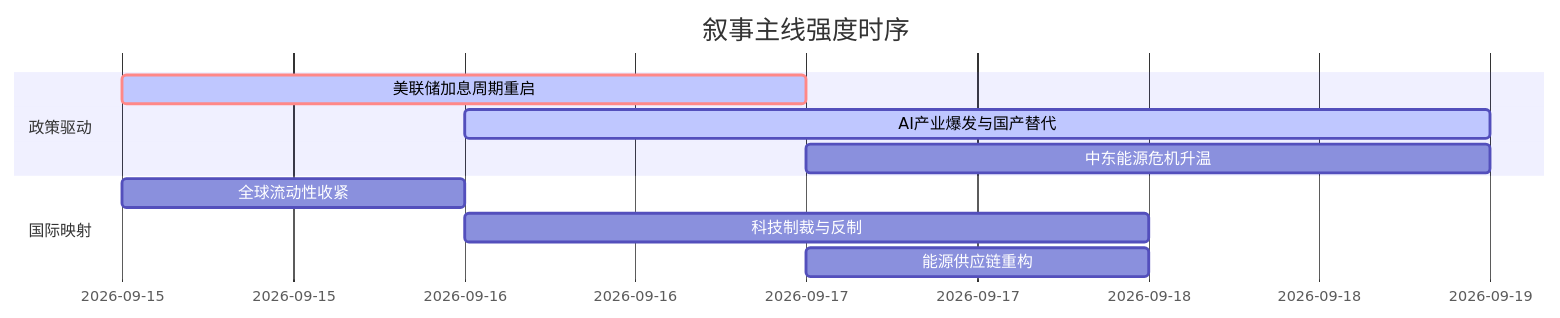
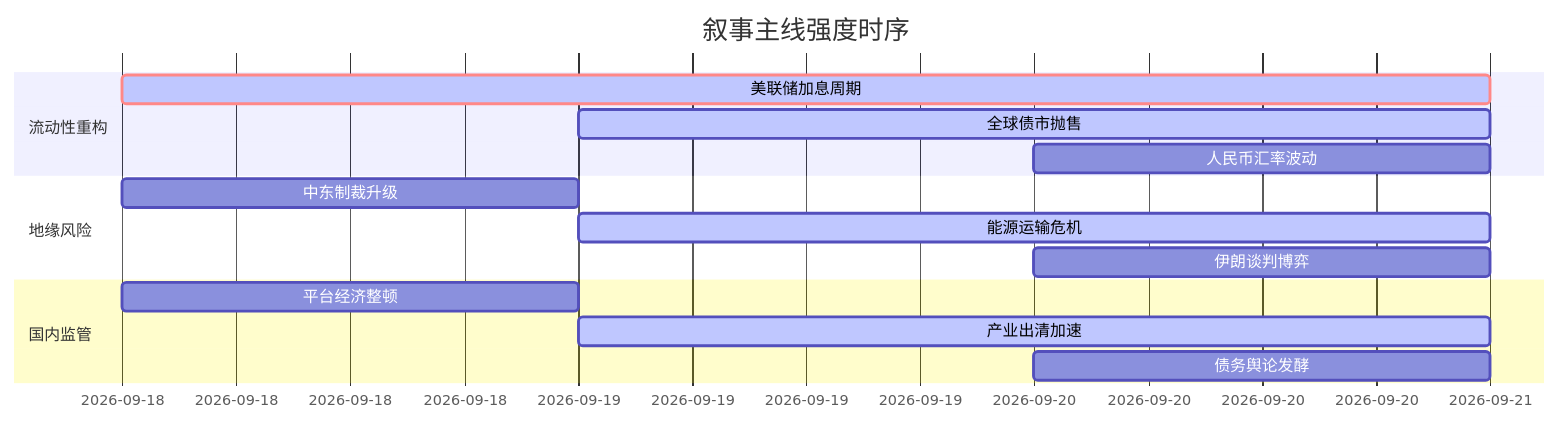
The diagram in 5day_report.md (uu5zn/uu5zn.github.io), drawn with Mermaid before and after one commit. The commit also changed other lines of this file and 4 other files, not shown here.

````diff
--- a/5day_report.md
+++ b/5day_report.md
@@ -58,14 +56,19 @@
 ```mermaid
 gantt
     title 叙事主线强度时序
-    dateFormat YYYY-MM-DD
-    section 政策驱动
-    美联储加息周期重启   :crit, active, 2026-09-15, 2d
-    AI产业爆发与国产替代   :active, 2026-09-16, 3d
-    中东能源危机升温     :2026-09-17, 2d
+    dateFormat  YYYY-MM-DD
+    section 流动性重构
+    美联储加息周期   :crit, active, 2026-09-18, 3d
+    全球债市抛售     :active, 2026-09-19, 2d
+    人民币汇率波动   :2026-09-20, 1d
     
-    section 国际映射
-    全球流动性收紧       :2026-09-15, 1d
-    科技制裁与反制       :2026-09-16, 2d
-    能源供应链重构       :2026-09-17, 1d
+    section 地缘风险
+    中东制裁升级     :2026-09-18, 1d
+    能源运输危机     :active, 2026-09-19, 2d
+    伊朗谈判博弈     :2026-09-20, 1d
+    
+    section 国内监管
+    平台经济整顿     :2026-09-18, 1d
+    产业出清加速     :active, 2026-09-19, 2d
+    债务舆论发酵     :2026-09-20, 1d
 ```
````
